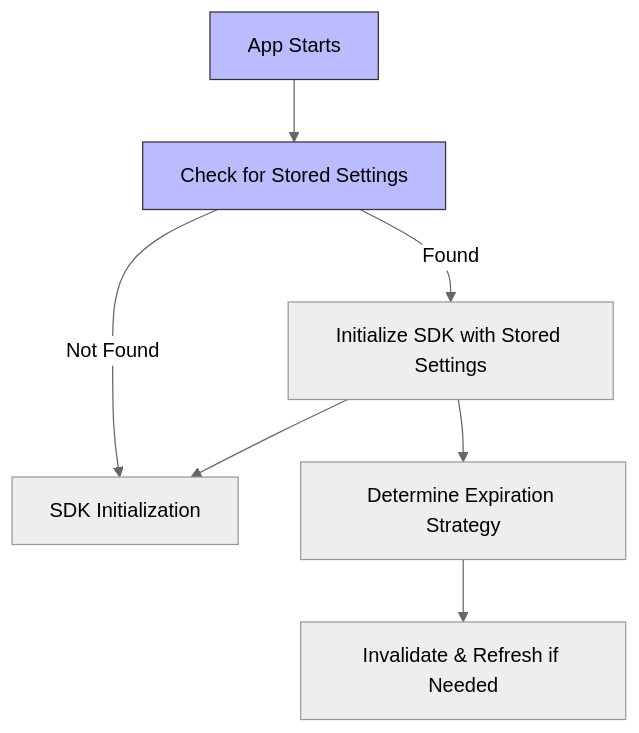
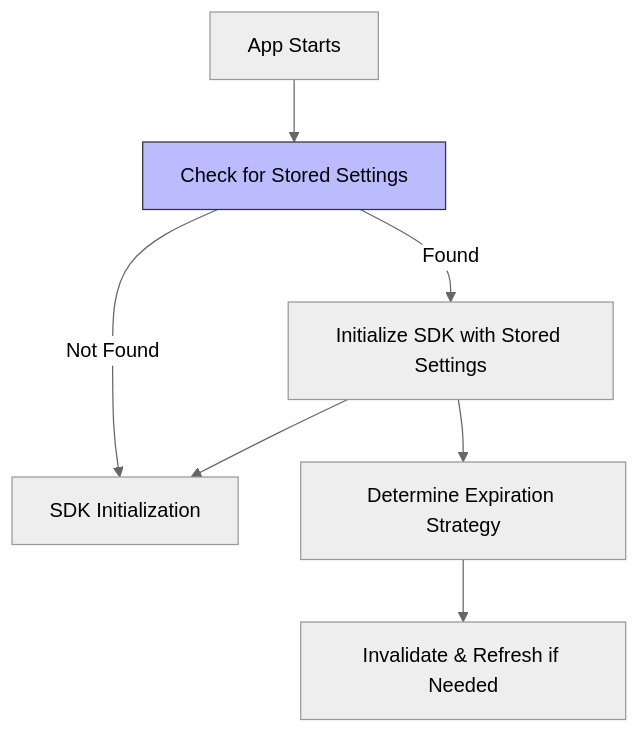
The second of 3 diagrams in docs/Concepts/fme-sdks-caching.md (wingify/readme-central), drawn with Mermaid (neutral theme) before and after one commit. The commit also changed other lines of this file, not shown here.

````diff
--- a/docs/Concepts/fme-sdks-caching.md
+++ b/docs/Concepts/fme-sdks-caching.md
@@ -112,20 +112,18 @@
 ```mermaid
 flowchart TD
     A[App Starts] --> B[Check for Stored Settings]
     B -- Found --> C[Initialize SDK with Stored Settings]
     B -- Not Found --> F[SDK Operational]
     
     C --> F[SDK Initialization]
 
     C --> G[Determine Expiration Strategy]
     G --> H[Invalidate & Refresh if Needed]
 
     %% Assign classes
-    class A start
     class B check
 
     %% Define styles
-    classDef start fill:#bbf,stroke:#333,stroke-width:1px,color:#000
     classDef check fill:#bbf,stroke:#333,stroke-width:1px,color:#000
 
 ```
````
